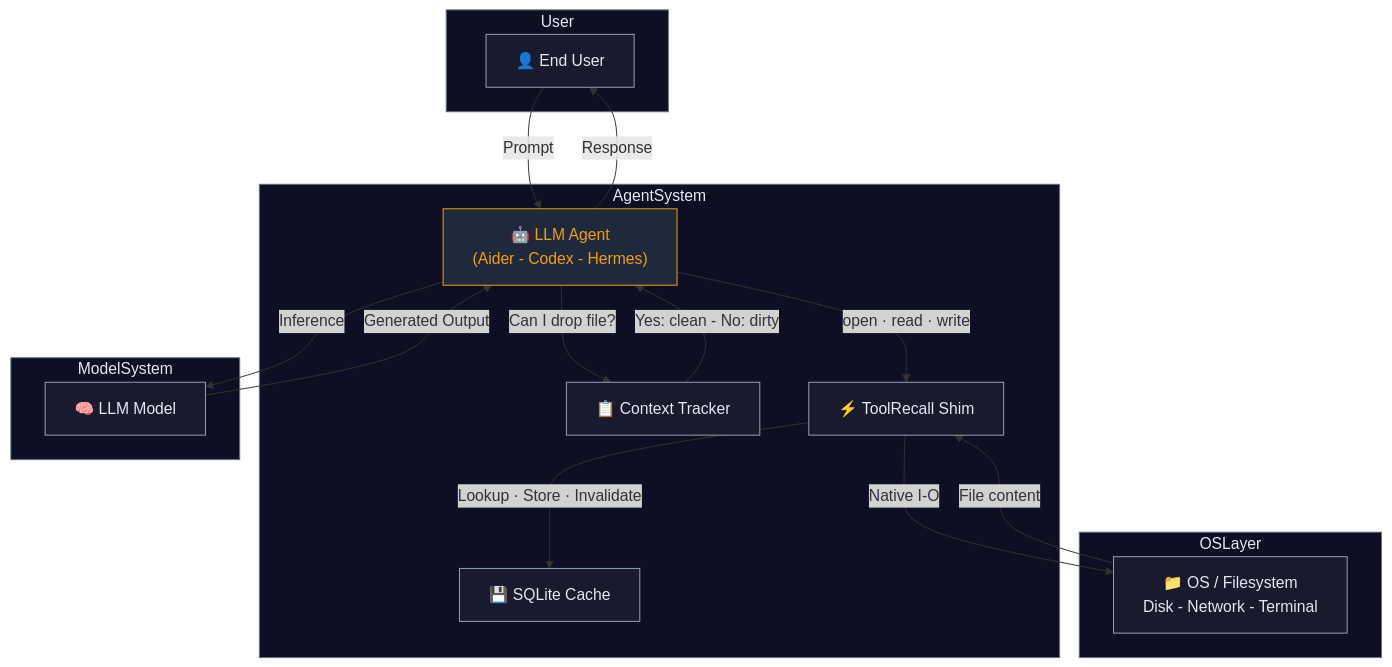
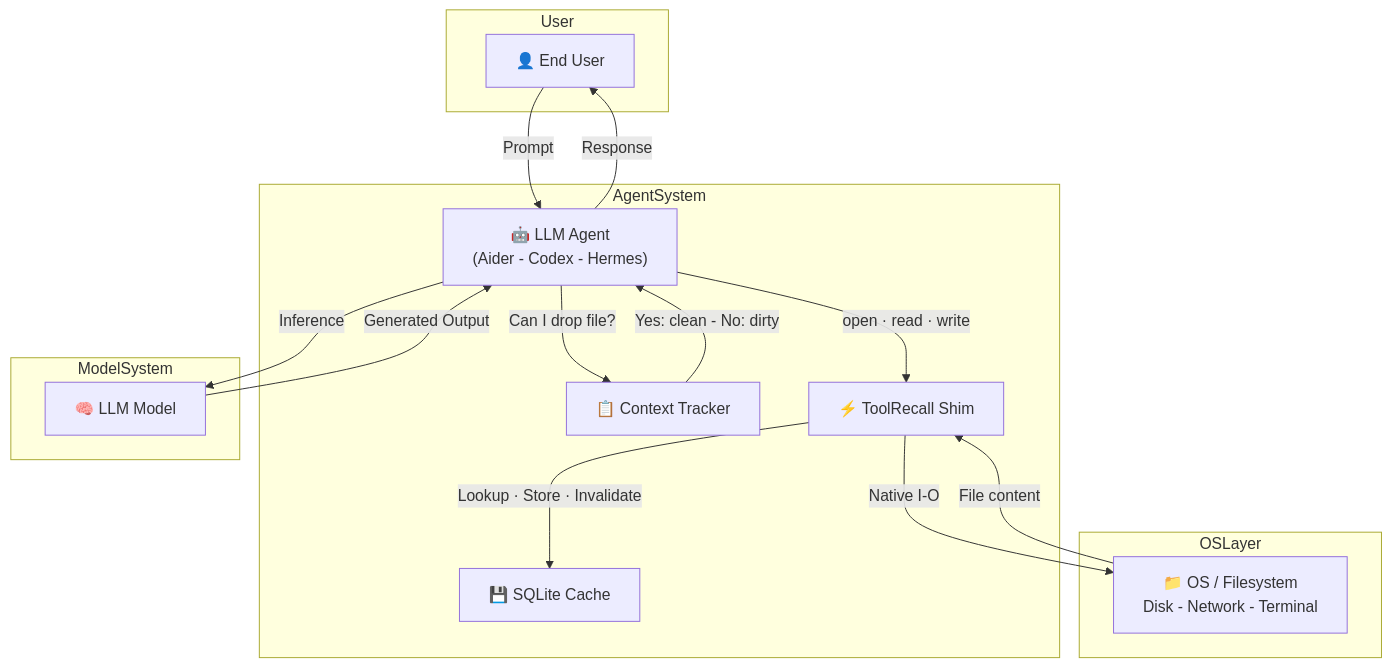
The first of 2 diagrams in docs/ARCHITECTURE_DIAGRAM.md (whiskybeer/toolrecall), drawn with Mermaid before and after one commit. The commit also changed other lines of this file, not shown here.

Commit message:
fix: revert flowchart to original, brighten sequence diagram rects for readability

````diff
--- a/docs/ARCHITECTURE_DIAGRAM.md
+++ b/docs/ARCHITECTURE_DIAGRAM.md
@@ -22,33 +22,29 @@
 ```mermaid
 flowchart TB
-    classDef default fill:#1a1a2e,stroke:#94a3b8,color:#e2e8f0;
-    classDef cluster fill:#0f0f23,stroke:#64748b,color:#e2e8f0;
-    classDef agent fill:#1e293b,stroke:#f59e0b,color:#f59e0b;
-
     subgraph User
         U["👤 End User"]
     end
     subgraph AgentSystem
-        A["🤖 LLM Agent<br/>(Aider - Codex - Hermes)"]:::agent
+        A["🤖 LLM Agent<br/>(Aider - Codex - Hermes)"]
         CT["📋 Context Tracker"]
         S["⚡ ToolRecall Shim"]
         SQ["💾 SQLite Cache"]
     end
     subgraph ModelSystem
         M["🧠 LLM Model"]
     end
     subgraph OSLayer
         O["📁 OS / Filesystem<br/>Disk - Network - Terminal"]
     end
 
     U -->|Prompt| A
     A -->|Response| U
     A -->|Inference| M
     M -->|Generated Output| A
     A -->|Can I drop file?| CT
     CT -->|Yes: clean - No: dirty| A
     A -->|open · read · write| S
     S -->|Lookup · Store · Invalidate| SQ
     S -->|Native I-O| O
     O -->|File content| S
 ```
````
